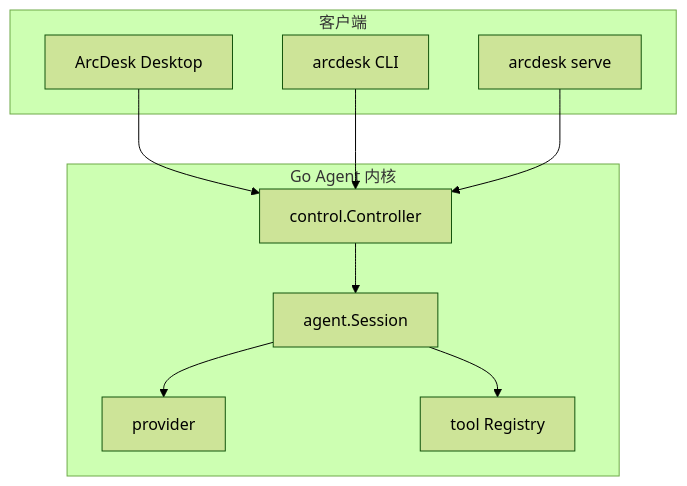
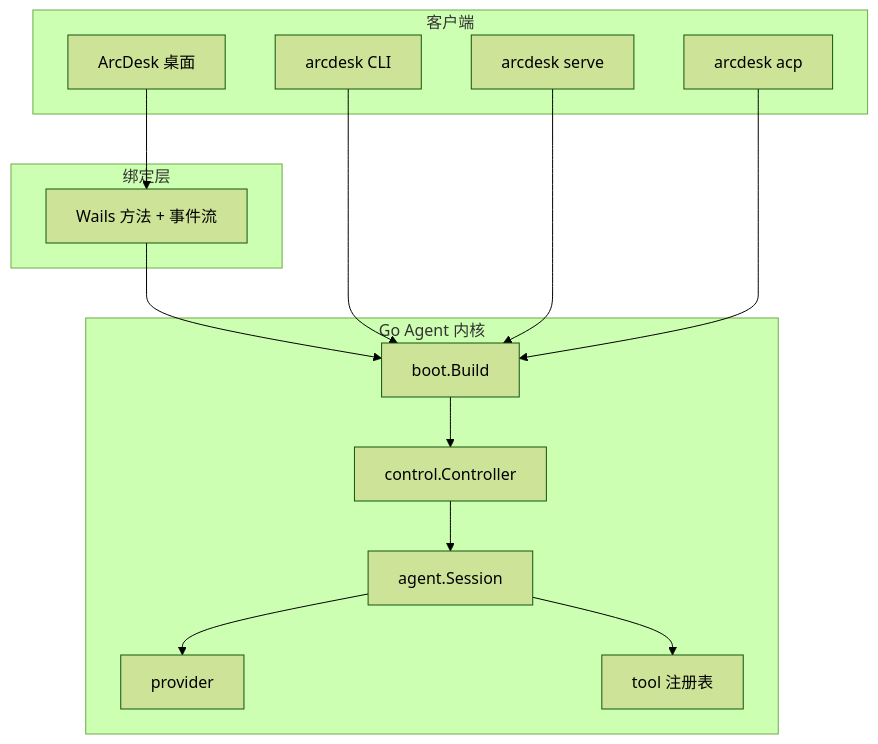
The diagram in README.md (P1ouson/deepseek-ArcDesk), drawn with Mermaid (forest theme) before and after one commit. The commit also changed other lines of this file and 11 other files, not shown here.

````diff
--- a/README.md
+++ b/README.md
@@ -247,20 +270,27 @@
 ```mermaid
 flowchart TB
   subgraph clients [客户端]
-    D[ArcDesk Desktop]
+    D[ArcDesk 桌面]
     C[arcdesk CLI]
     H[arcdesk serve]
+    A[arcdesk acp]
+  end
+  subgraph bind [绑定层]
+    W[Wails 方法 + 事件流]
   end
   subgraph kernel [Go Agent 内核]
+    BOOT[boot.Build]
     CTRL[control.Controller]
     AGENT[agent.Session]
     PROV[provider]
-    TOOL[tool Registry]
+    TOOL[tool 注册表]
   end
-  D --> CTRL
-  C --> CTRL
-  H --> CTRL
+  D --> W --> BOOT
+  C --> BOOT
+  H --> BOOT
+  A --> BOOT
+  BOOT --> CTRL
   CTRL --> AGENT
   AGENT --> PROV
   AGENT --> TOOL
 ```
````
